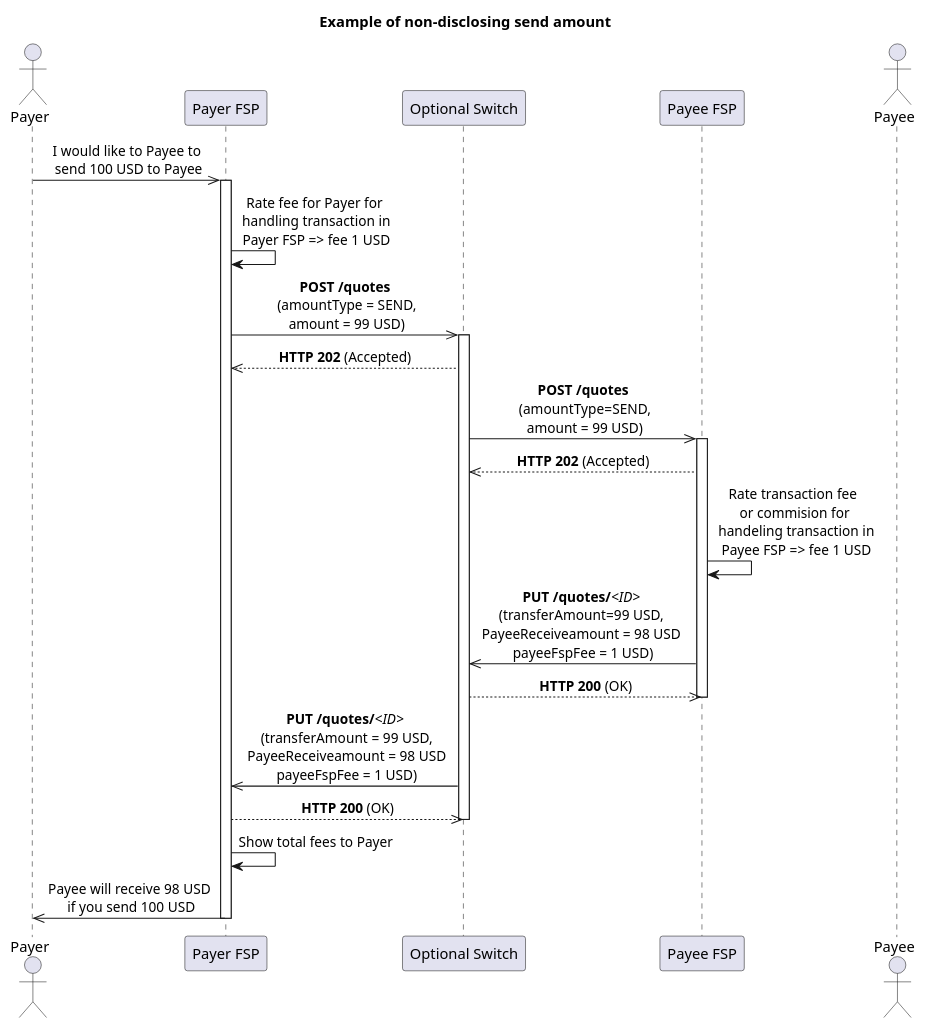
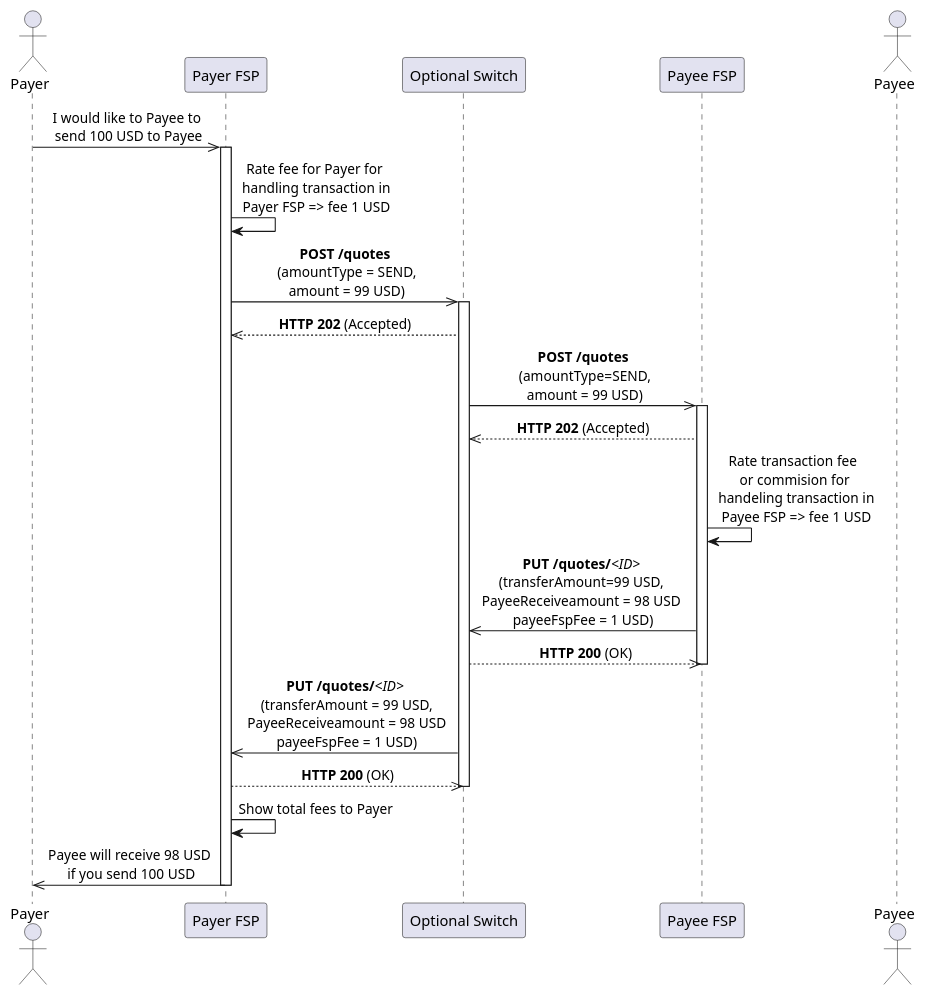
Before and after one commit to mojaloop/mojaloop-specification: the diagram in assets/diagrams/sequence/figure9.plantuml, drawn with PlantUML. The commit also changed 26 other files, not shown here.

Commit message:
Updates to .svg and .plantuml files.

```diff
--- a/assets/diagrams/sequence/figure9.plantuml
+++ b/assets/diagrams/sequence/figure9.plantuml
@@ -25,42 +25,42 @@
 @startuml
 ' declaring skinparam
 skinparam sequenceMessageAlign center
 
 ' declare title
-title Example of non-disclosing send amount
+' title Example of non-disclosing send amount
 
 ' Actor Keys:
 ' participant - FSP or Switch
 
 ' declare actors
 Actor "Payer" as Payer
 participant "Payer FSP" as PayerFSP
 participant "Optional Switch" as OPTSWITCH
 participant "Payee FSP" as PayeeFSP
 Actor "Payee" as Payee
 
 ' start flow
 
 'activate Payer
 Payer ->> PayerFSP: I would like to Payee to\n send 100 USD to Payee
 activate PayerFSP
 PayerFSP -> PayerFSP: Rate fee for Payer for\n handling transaction in\n Payer FSP => fee 1 USD
 PayerFSP ->> OPTSWITCH: **POST /quotes**\n (amountType = SEND,\n amount = 99 USD)
 activate OPTSWITCH
 PayerFSP <<-- OPTSWITCH: **HTTP 202** (Accepted)
 
 OPTSWITCH ->> PayeeFSP: **POST /quotes**\n (amountType=SEND,\n amount = 99 USD)
 activate PayeeFSP
 OPTSWITCH <<-- PayeeFSP: **HTTP 202** (Accepted)
 PayeeFSP -> PayeeFSP: Rate transaction fee \nor commision for\n handeling transaction in\n Payee FSP => fee 1 USD
 OPTSWITCH <<- PayeeFSP: **PUT /quotes/**<i><ID></i> \n(transferAmount=99 USD, \nPayeeReceiveamount = 98 USD \npayeeFspFee = 1 USD)
 OPTSWITCH -->> PayeeFSP: **HTTP 200** (OK)
 deactivate PayeeFSP
 PayerFSP <<- OPTSWITCH: **PUT /quotes/**<i><ID></i>\n (transferAmount = 99 USD,\n PayeeReceiveamount = 98 USD\n payeeFspFee = 1 USD)
 PayerFSP -->> OPTSWITCH: **HTTP 200** (OK)
 deactivate OPTSWITCH
 PayerFSP -> PayerFSP: Show total fees to Payer
 PayerFSP ->> Payer: Payee will receive 98 USD\n if you send 100 USD
 deactivate PayerFSP
 'deactivate Payer
 @enduml
```
